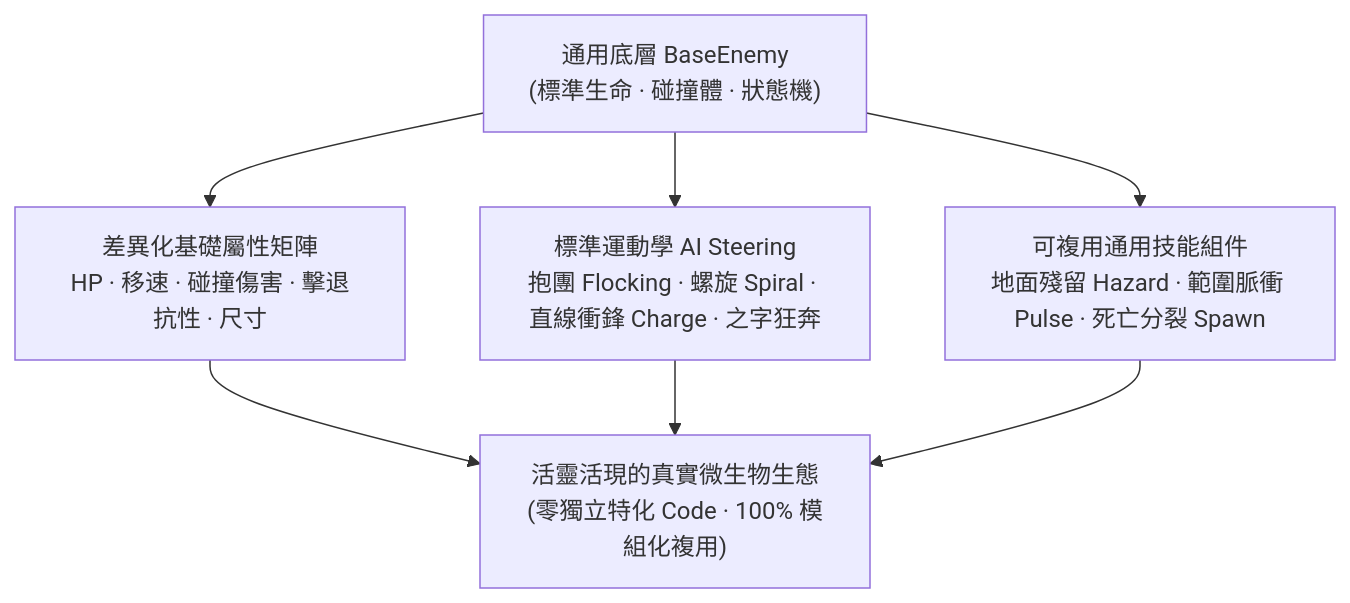
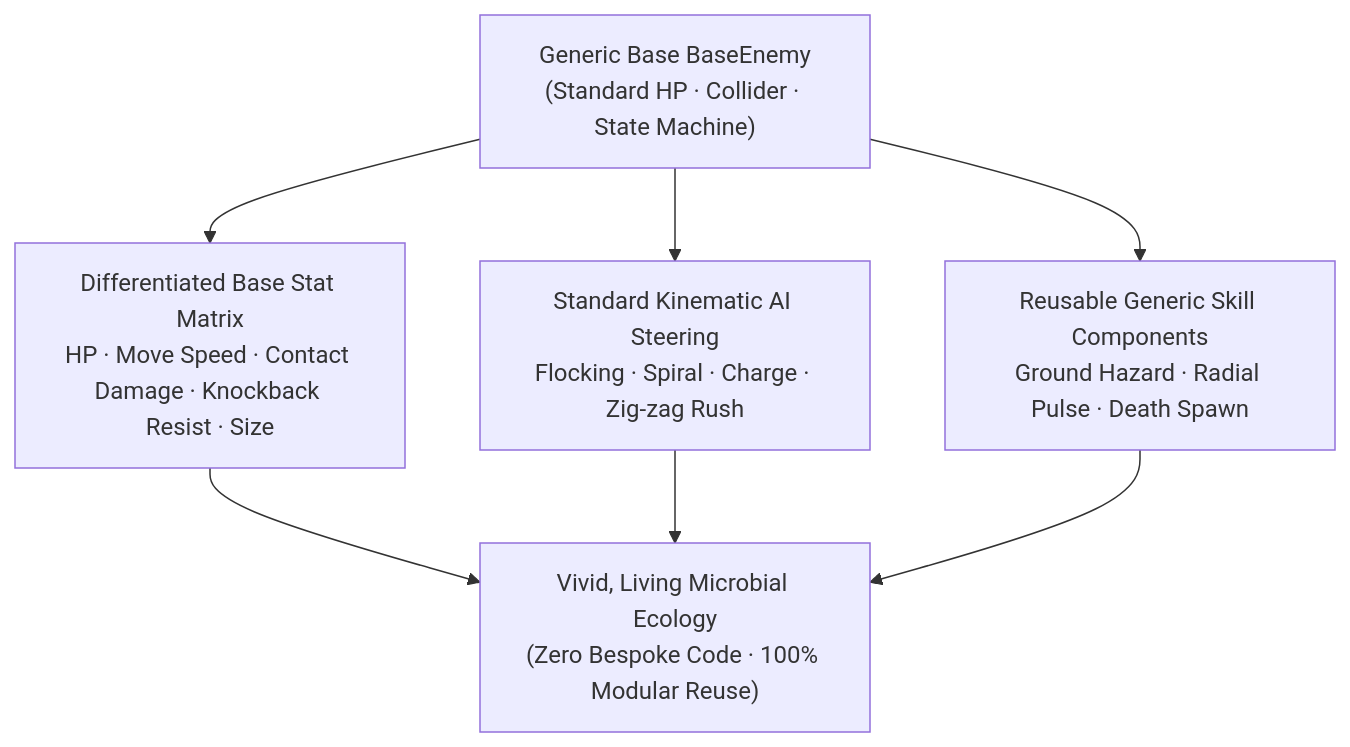
One commit to skyrocket-qy/Phagocyte changed the diagram in docs/pathogen.md. Above: the diagram before and after it, drawn with Mermaid. The commit also changed other lines of this file and 17 other files, not shown here.

````diff
--- a/docs/pathogen.md
+++ b/docs/pathogen.md
@@ -26,7 +26,7 @@
 ```mermaid
 flowchart TD
-    A["通用底層 BaseEnemy<br>(標準生命 · 碰撞體 · 狀態機)"] --> B["差異化基礎屬性矩陣<br>HP · 移速 · 碰撞傷害 · 擊退抗性 · 尺寸"]
-    A --> C["標準運動學 AI Steering<br>抱團 Flocking · 螺旋 Spiral · 直線衝鋒 Charge · 之字狂奔"]
-    A --> D["可複用通用技能組件<br>地面殘留 Hazard · 範圍脈衝 Pulse · 死亡分裂 Spawn"]
-    B & C & D --> E["活靈活現的真實微生物生態<br>(零獨立特化 Code · 100% 模組化複用)"]
+    A["Generic Base BaseEnemy<br>(Standard HP · Collider · State Machine)"] --> B["Differentiated Base Stat Matrix<br>HP · Move Speed · Contact Damage · Knockback Resist · Size"]
+    A --> C["Standard Kinematic AI Steering<br>Flocking · Spiral · Charge · Zig-zag Rush"]
+    A --> D["Reusable Generic Skill Components<br>Ground Hazard · Radial Pulse · Death Spawn"]
+    B & C & D --> E["Vivid, Living Microbial Ecology<br>(Zero Bespoke Code · 100% Modular Reuse)"]
 ```
````
